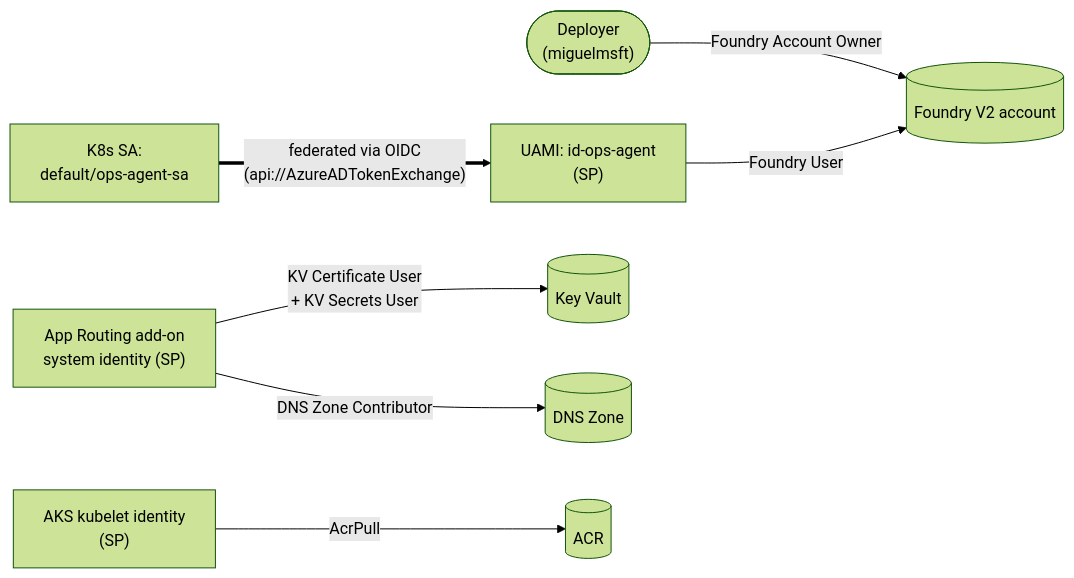
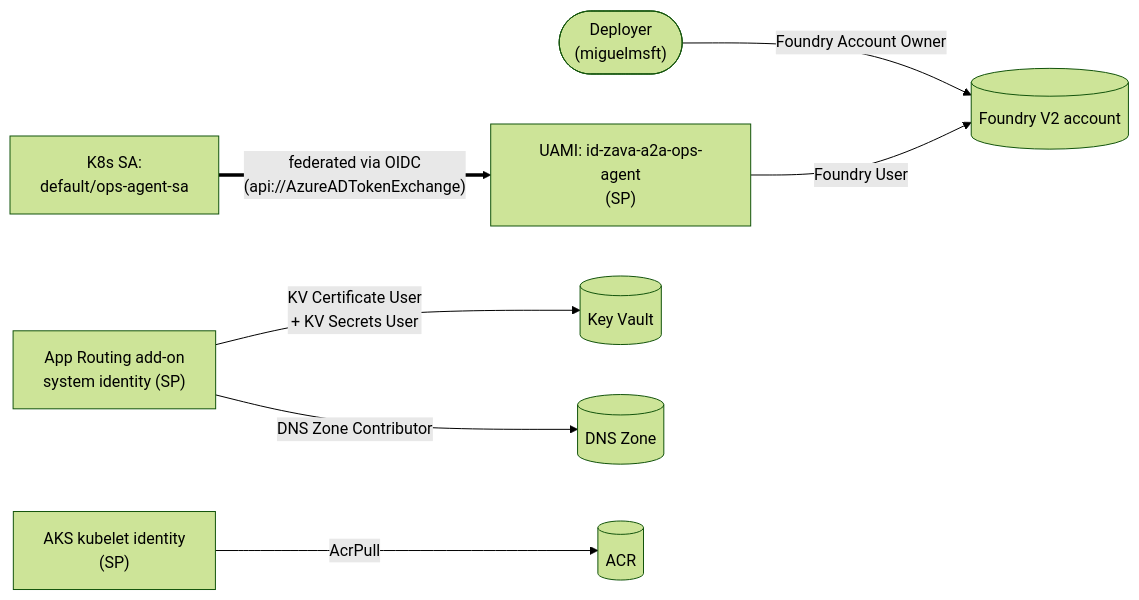
Before and after one commit to miguelmsft/20260520-zava-a2a-demo: the third of 3 diagrams in docs/architecture.md, drawn with Mermaid (forest theme). The commit also changed other lines of this file and 25 other files, not shown here.

````diff
--- a/docs/architecture.md
+++ b/docs/architecture.md
@@ -147,20 +147,20 @@
 ```mermaid
 graph LR
     deployer(["Deployer<br/>(miguelmsft)"])
-    uami["UAMI: id-ops-agent<br/>(SP)"]
+    uami["UAMI: id-zava-a2a-ops-agent<br/>(SP)"]
     appRoute["App Routing add-on<br/>system identity (SP)"]
     kubelet["AKS kubelet identity<br/>(SP)"]
     saK8s["K8s SA:<br/>default/ops-agent-sa"]
 
     foundry[("Foundry V2 account")]
     kv[("Key Vault")]
     dns[("DNS Zone")]
     acr[("ACR")]
 
     deployer -- "Foundry Account Owner" --> foundry
     saK8s == "federated via OIDC<br/>(api://AzureADTokenExchange)" ==> uami
     uami -- "Foundry User" --> foundry
     appRoute -- "KV Certificate User<br/>+ KV Secrets User" --> kv
     appRoute -- "DNS Zone Contributor" --> dns
     kubelet -- "AcrPull" --> acr
 ```
````
